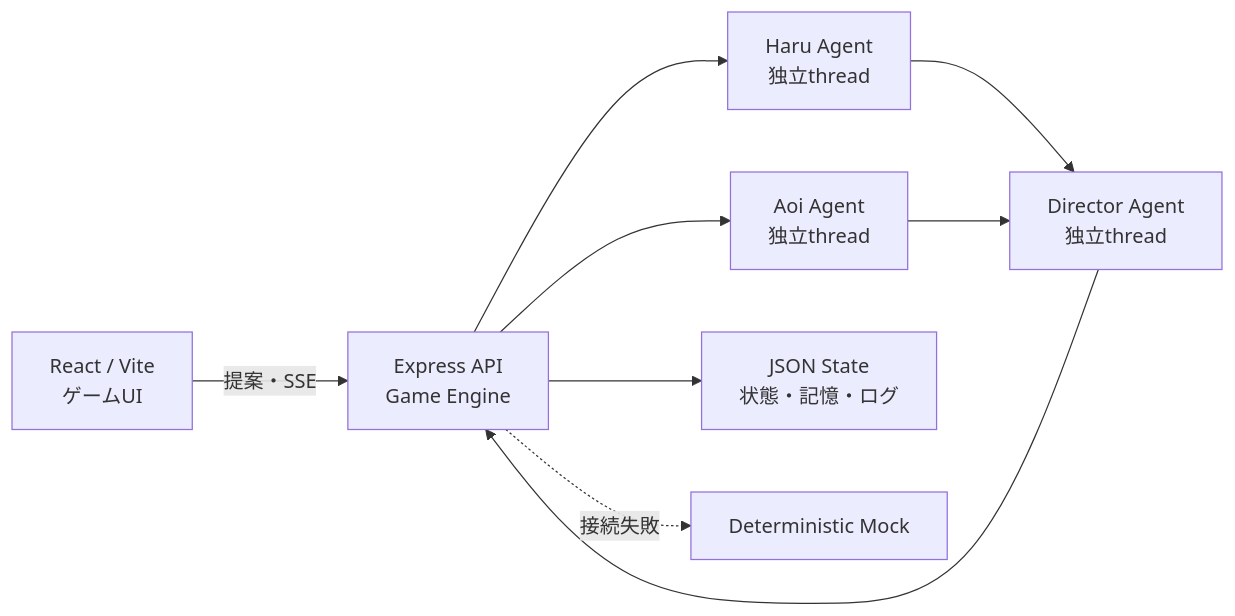
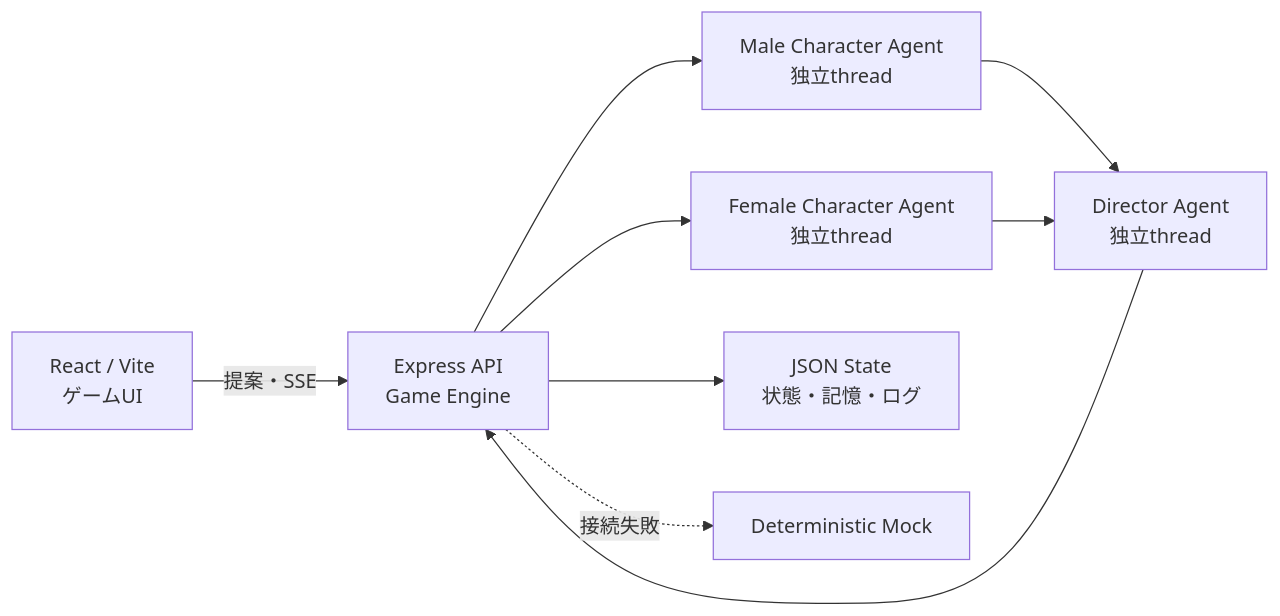
The diagram in README.md (aieo-product/roommates-autonomous-life-sim), drawn with Mermaid before and after one commit. The commit also changed other lines of this file and 75 other files, not shown here.

````diff
--- a/README.md
+++ b/README.md
@@ -16,11 +16,11 @@
 ```mermaid
 flowchart LR
     UI["React / Vite<br/>ゲームUI"] -->|"提案・SSE"| API["Express API<br/>Game Engine"]
-    API --> H["Haru Agent<br/>独立thread"]
-    API --> A["Aoi Agent<br/>独立thread"]
+    API --> H["Male Character Agent<br/>独立thread"]
+    API --> A["Female Character Agent<br/>独立thread"]
     H --> D["Director Agent<br/>独立thread"]
     A --> D
     D --> API
     API --> STATE["JSON State<br/>状態・記憶・ログ"]
     API -. "接続失敗" .-> MOCK["Deterministic Mock"]
 ```
````
